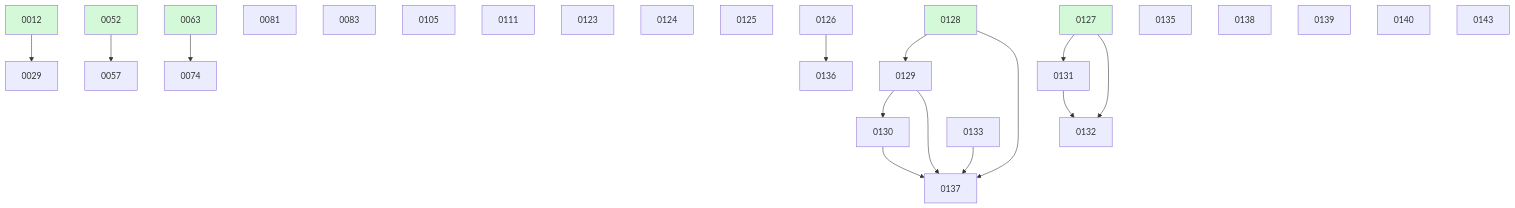
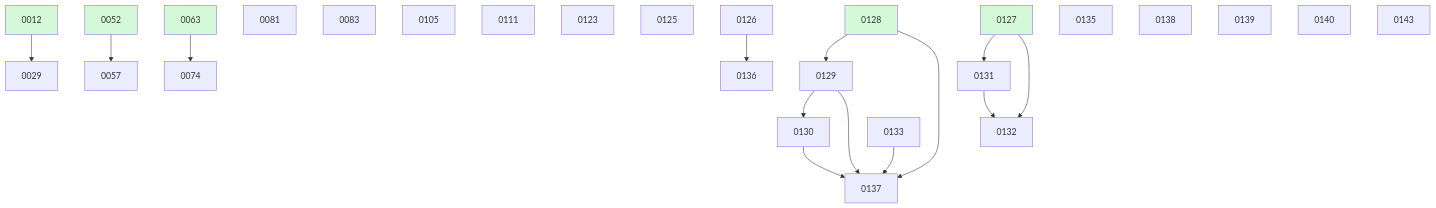
Before and after one commit to ethanhinson/fuse: the diagram in docs/changes/BOARD.md, drawn with Mermaid. The commit also changed other lines of this file and 1 other file, not shown here.

````diff
--- a/docs/changes/BOARD.md
+++ b/docs/changes/BOARD.md
@@ -48,36 +47,35 @@
 ```mermaid
 graph TD
   0012 --> 0029
   0052 --> 0057
   0063 --> 0074
   0081
   0083
   0105
   0111
   0123
-  0124
   0125
   0126
   0128 --> 0129
   0129 --> 0130
   0127 --> 0131
   0127 --> 0132
   0131 --> 0132
   0133
   0135
   0126 --> 0136
   0128 --> 0137
   0129 --> 0137
   0130 --> 0137
   0133 --> 0137
   0138
   0139
   0140
   0143
   0012:::done
   0052:::done
   0063:::done
   0127:::done
   0128:::done
   classDef done fill:#d3f9d8;
 ```
````
